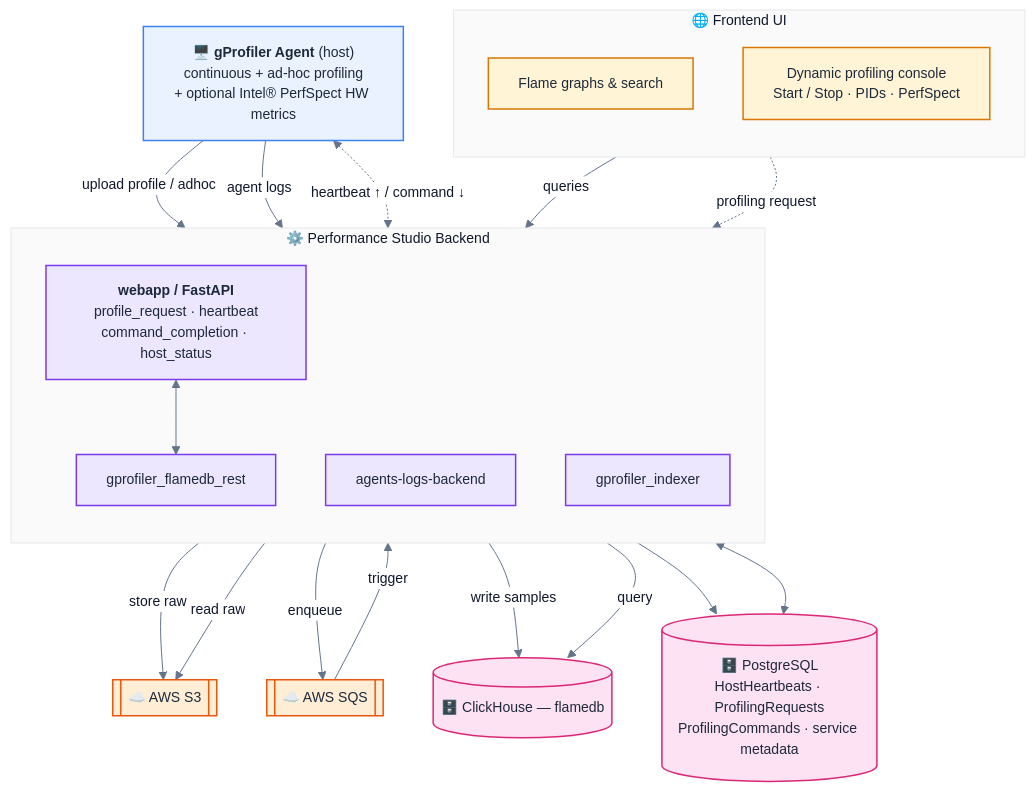
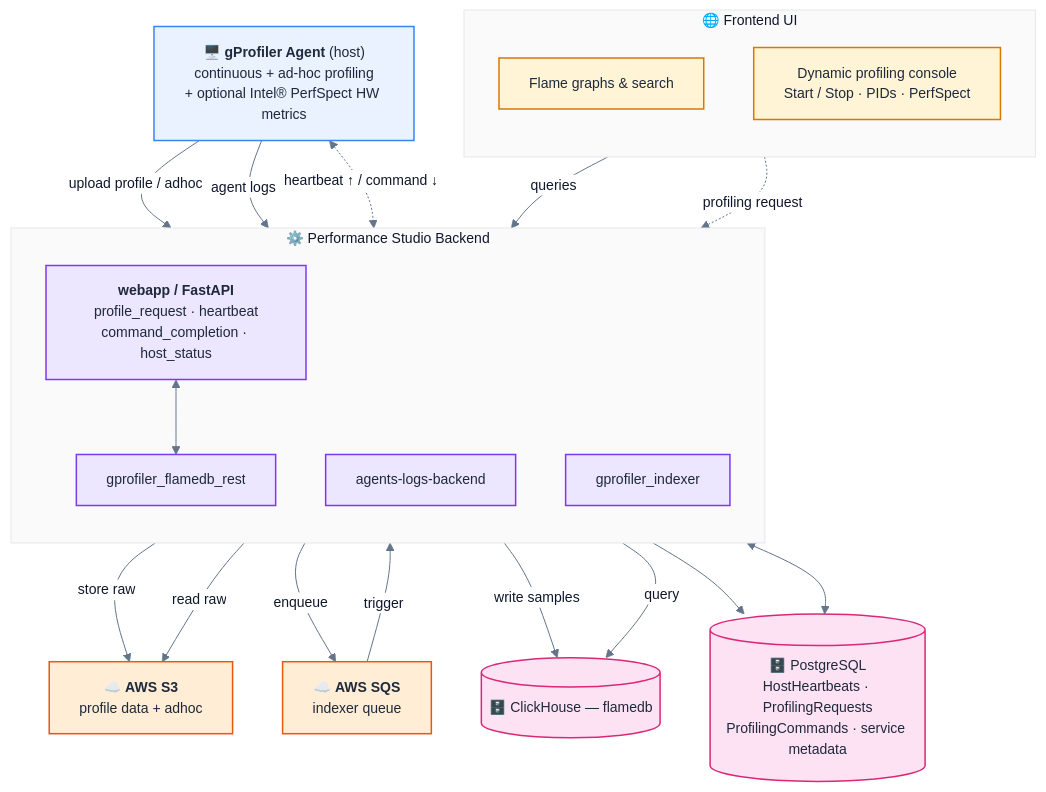
The diagram in README.md (intel/gprofiler-performance-studio), drawn with Mermaid before and after one commit.

Commit message:
docs: fix clipped AWS S3/SQS labels in architecture diagram

````diff
--- a/README.md
+++ b/README.md
@@ -51,62 +51,62 @@
 ```mermaid
 %%{init: {
   'theme': 'base',
   'themeVariables': {
     'background': '#f3f4f6',
     'primaryColor': '#ffffff',
     'primaryBorderColor': '#cbd5e1',
     'primaryTextColor': '#0f172a',
     'lineColor': '#64748b',
     'fontFamily': 'Inter, ui-sans-serif, system-ui, sans-serif',
     'fontSize': '14px'
   }
 }}%%
 flowchart TB
     classDef agent fill:#eaf2ff,stroke:#3b82f6,stroke-width:1.5px,color:#1e293b
     classDef ui    fill:#fff4d6,stroke:#d97706,stroke-width:1.5px,color:#1e293b
     classDef be    fill:#ece6ff,stroke:#7c3aed,stroke-width:1.5px,color:#1e293b
     classDef store fill:#fde2f3,stroke:#db2777,stroke-width:1.5px,color:#1e293b
     classDef aws   fill:#ffedd5,stroke:#ea580c,stroke-width:1.5px,color:#1e293b
 
     AGENT["🖥️ <b>gProfiler Agent</b> (host)<br/>continuous + ad-hoc profiling<br/>+ optional Intel® PerfSpect HW metrics"]:::agent
 
     subgraph UIBOX["🌐 Frontend UI"]
       direction TB
       FG["Flame graphs &amp; search"]:::ui
       CTRL["Dynamic profiling console<br/>Start / Stop · PIDs · PerfSpect"]:::ui
     end
 
     subgraph BEBOX["⚙️ Performance Studio Backend"]
       direction TB
       WEBAPP["<b>webapp / FastAPI</b><br/>profile_request · heartbeat<br/>command_completion · host_status"]:::be
       LOGSVC["agents-logs-backend"]:::be
       IDX["gprofiler_indexer"]:::be
       REST["gprofiler_flamedb_rest"]:::be
     end
 
     PG[("🗄️ PostgreSQL<br/>HostHeartbeats · ProfilingRequests<br/>ProfilingCommands · service metadata")]:::store
     CH[("🗄️ ClickHouse — flamedb")]:::store
-    S3[["☁️ AWS S3"]]:::aws
-    SQS[["☁️ AWS SQS"]]:::aws
+    S3["☁️ <b>AWS S3</b><br/>profile data + adhoc"]:::aws
+    SQS["☁️ <b>AWS SQS</b><br/>indexer queue"]:::aws
 
     style UIBOX fill:#fafafa,stroke:#e5e7eb,stroke-width:1px,color:#0f172a
     style BEBOX fill:#fafafa,stroke:#e5e7eb,stroke-width:1px,color:#0f172a
 
     %% --- data plane (solid) ---
     AGENT -- "upload profile / adhoc" --> WEBAPP
     WEBAPP -- "store raw" --> S3
     WEBAPP -- "enqueue" --> SQS
     SQS -- "trigger" --> IDX
     IDX -- "read raw" --> S3
     IDX -- "write samples" --> CH
     WEBAPP <--> REST
     REST -- "query" --> CH
     AGENT -- "agent logs" --> LOGSVC
     LOGSVC --> PG
     WEBAPP <--> PG
     FG -- "queries" --> WEBAPP
 
     %% --- control plane (dashed) ---
     AGENT <-. "heartbeat ↑ / command ↓" .-> WEBAPP
     CTRL -. "profiling request" .-> WEBAPP
 ```
````
